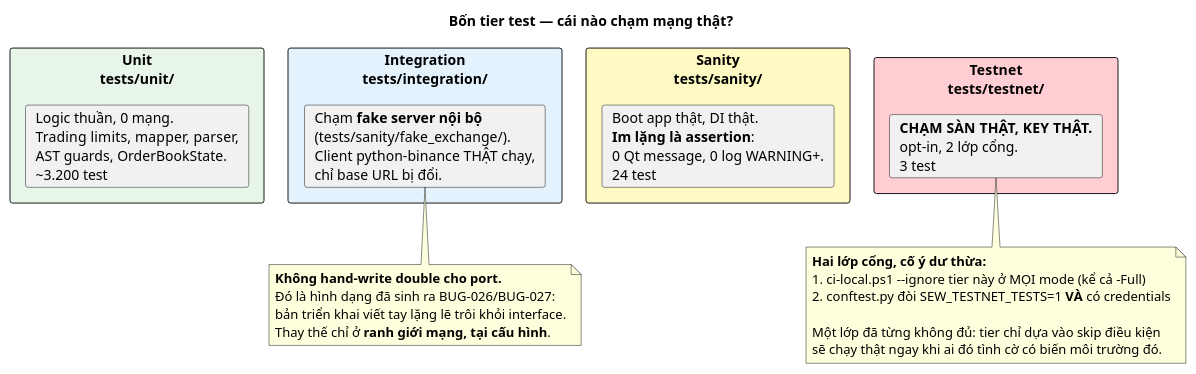
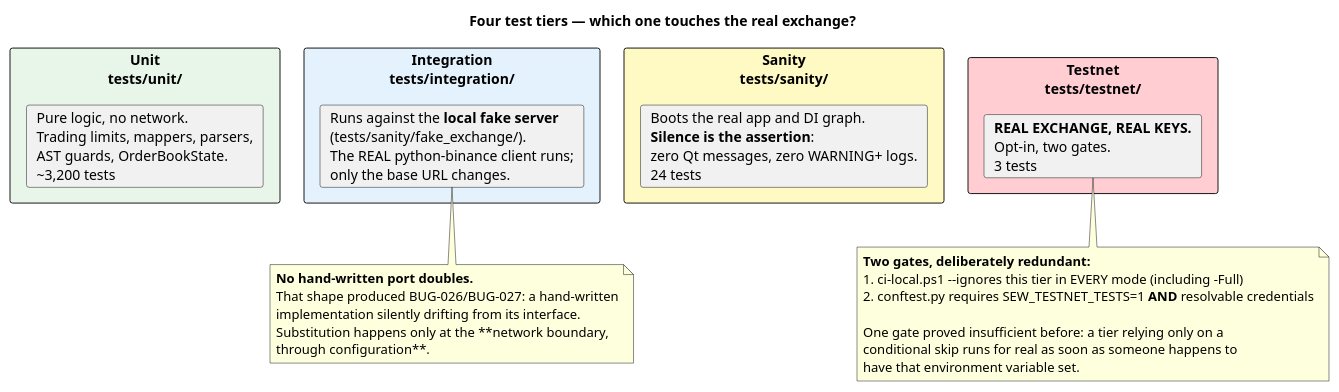
The tenth of 10 diagrams in Tasks/epics/EPIC-021_ket_noi_binance_futures_testnet/KNOWLEDGE_TRANSFER_tu_0_den_hero.md (anhembedded/Sagittarius_Elite_Warrior), drawn with PlantUML before and after one commit. The commit also changed other lines of this file and 1 other file, not shown here.

First line of the commit message:
docs(EPIC-021): rewrite the testnet knowledge-transfer guide in English

````diff
--- a/Tasks/epics/EPIC-021_ket_noi_binance_futures_testnet/KNOWLEDGE_TRANSFER_tu_0_den_hero.md
+++ b/Tasks/epics/EPIC-021_ket_noi_binance_futures_testnet/KNOWLEDGE_TRANSFER_tu_0_den_hero.md
@@ -902,41 +900,43 @@
 ```plantuml
 @startuml KT10_test_tiers
-title Bốn tier test — cái nào chạm mạng thật?
+title Four test tiers — which one touches the real exchange?
 
 skinparam componentStyle rectangle
 
 rectangle "**Unit**\ntests/unit/" #E8F5E9 {
-  card "Logic thuần, 0 mạng.\nTrading limits, mapper, parser,\nAST guards, OrderBookState.\n~3.200 test" as U
+  card "Pure logic, no network.\nTrading limits, mappers, parsers,\nAST guards, OrderBookState.\n~3,200 tests" as U
 }
 rectangle "**Integration**\ntests/integration/" #E3F2FD {
-  card "Chạm **fake server nội bộ**\n(tests/sanity/fake_exchange/).\nClient python-binance THẬT chạy,\nchỉ base URL bị đổi." as I
+  card "Runs against the **local fake server**\n(tests/sanity/fake_exchange/).\nThe REAL python-binance client runs;\nonly the base URL changes." as I
 }
 rectangle "**Sanity**\ntests/sanity/" #FFF9C4 {
-  card "Boot app thật, DI thật.\n**Im lặng là assertion**:\n0 Qt message, 0 log WARNING+.\n24 test" as S
+  card "Boots the real app and DI graph.\n**Silence is the assertion**:\nzero Qt messages, zero WARNING+ logs.\n24 tests" as S
 }
 rectangle "**Testnet**\ntests/testnet/" #FFCDD2 {
-  card "**CHẠM SÀN THẬT, KEY THẬT.**\nopt-in, 2 lớp cổng.\n3 test" as T
+  card "**REAL EXCHANGE, REAL KEYS.**\nOpt-in, two gates.\n3 tests" as T
 }
 
 U -[hidden]right-> I
 I -[hidden]right-> S
 S -[hidden]right-> T
 
 note bottom of T
-  **Hai lớp cổng, cố ý dư thừa:**
-  1. ci-local.ps1 --ignore tier này ở MỌI mode (kể cả -Full)
-  2. conftest.py đòi SEW_TESTNET_TESTS=1 **VÀ** có credentials
+  **Two gates, deliberately redundant:**
+  1. ci-local.ps1 --ignores this tier in EVERY mode (including -Full)
+  2. conftest.py requires SEW_TESTNET_TESTS=1 **AND** resolvable credentials
 
-  Một lớp đã từng không đủ: tier chỉ dựa vào skip điều kiện
-  sẽ chạy thật ngay khi ai đó tình cờ có biến môi trường đó.
+  One gate proved insufficient before: a tier relying only on a
+  conditional skip runs for real as soon as someone happens to
+  have that environment variable set.
 end note
 
 note bottom of I
-  **Không hand-write double cho port.**
-  Đó là hình dạng đã sinh ra BUG-026/BUG-027:
-  bản triển khai viết tay lặng lẽ trôi khỏi interface.
-  Thay thế chỉ ở **ranh giới mạng, tại cấu hình**.
+  **No hand-written port doubles.**
+  That shape produced BUG-026/BUG-027: a hand-written
+  implementation silently drifting from its interface.
+  Substitution happens only at the **network boundary,
+  through configuration**.
 end note
 
 @enduml
 ```
````
